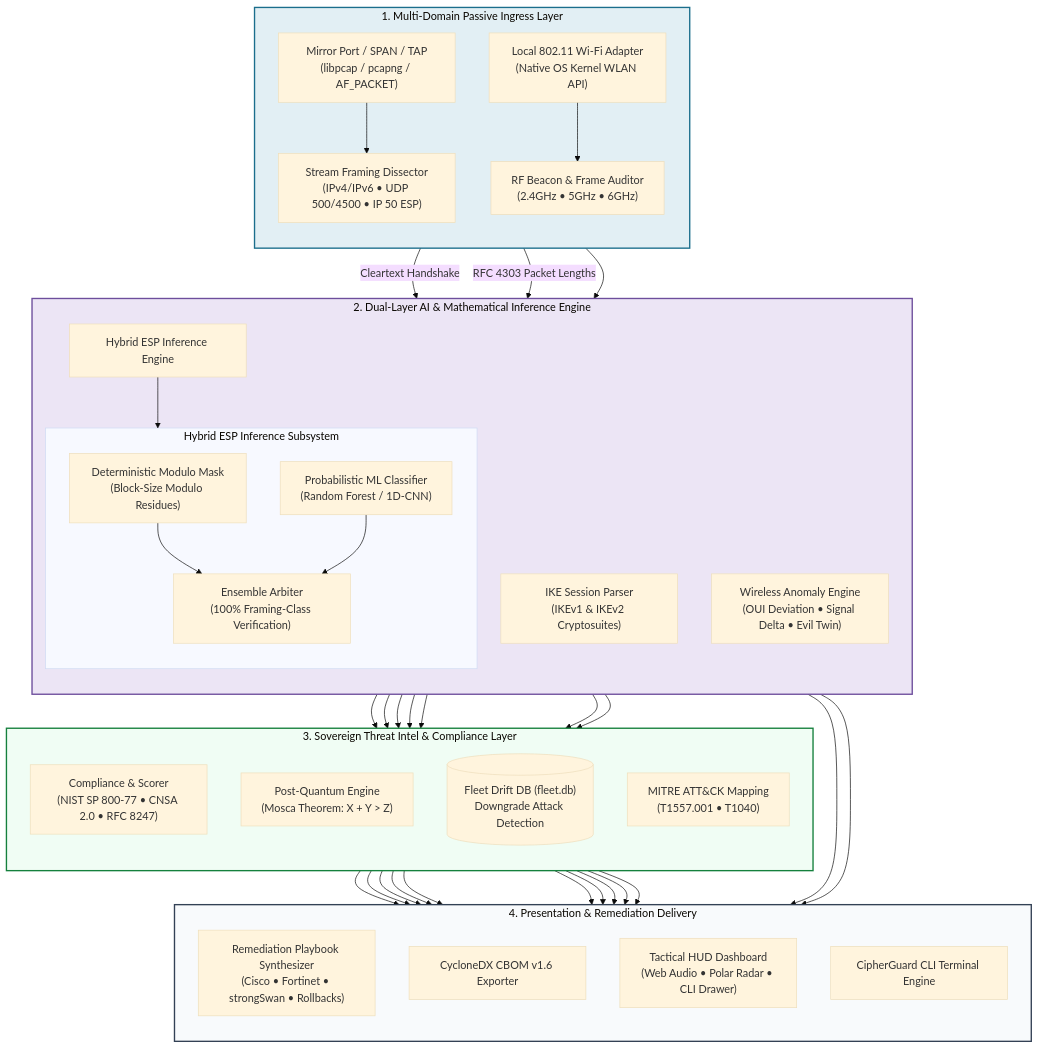
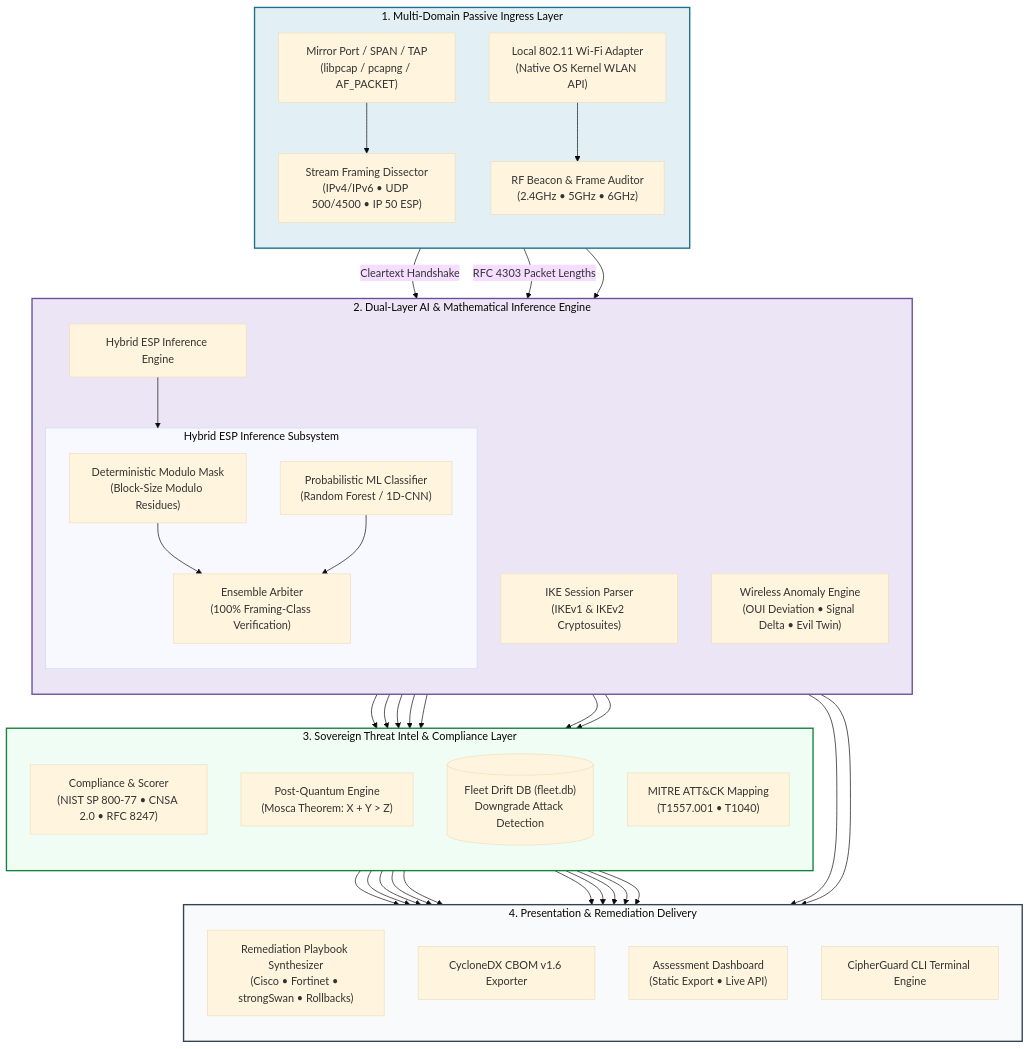
The diagram in Architecture.md (Git-huber2007/CipherGuard), drawn with Mermaid (base theme) before and after one commit. The commit also changed other lines of this file and 87 other files, not shown here.

````diff
--- a/Architecture.md
+++ b/Architecture.md
@@ -13,45 +13,45 @@
 ```mermaid
 flowchart TD
     subgraph INGRESS["1. Multi-Domain Passive Ingress Layer"]
         direction TB
         TAP["Mirror Port / SPAN / TAP<br/>(libpcap / pcapng / AF_PACKET)"] --> DISSECT["Stream Framing Dissector<br/>(IPv4/IPv6 &bull; UDP 500/4500 &bull; IP 50 ESP)"]
         WIFI_NIC["Local 802.11 Wi-Fi Adapter<br/>(Native OS Kernel WLAN API)"] --> WIFI_DISSECT["RF Beacon & Frame Auditor<br/>(2.4GHz &bull; 5GHz &bull; 6GHz)"]
     end
 
     subgraph ENGINE["2. Dual-Layer AI & Mathematical Inference Engine"]
         direction TB
         DISSECT -->|"Cleartext Handshake"| IKE_PARSER["IKE Session Parser<br/>(IKEv1 & IKEv2 Cryptosuites)"]
         DISSECT -->|"RFC 4303 Packet Lengths"| ESP_ENGINE["Hybrid ESP Inference Engine"]
         
         subgraph ESP_HYBRID["Hybrid ESP Inference Subsystem"]
             RFC_MASK["Deterministic Modulo Mask<br/>(Block-Size Modulo Residues)"]
             ML_MODEL["Probabilistic ML Classifier<br/>(Random Forest / 1D-CNN)"]
             ARBITER["Ensemble Arbiter<br/>(100% Framing-Class Verification)"]
             RFC_MASK & ML_MODEL --> ARBITER
         end
         ESP_ENGINE --> ESP_HYBRID
         
         WIFI_DISSECT --> RF_ANOMALY["Wireless Anomaly Engine<br/>(OUI Deviation &bull; Signal Delta &bull; Evil Twin)"]
     end
 
     subgraph AUDIT_INTEL["3. Sovereign Threat Intel & Compliance Layer"]
         direction TB
         IKE_PARSER & ARBITER --> COMPLIANCE["Compliance & Scorer<br/>(NIST SP 800-77 &bull; CNSA 2.0 &bull; RFC 8247)"]
         IKE_PARSER & ARBITER --> PQC_MOSCA["Post-Quantum Engine<br/>(Mosca Theorem: X + Y > Z)"]
         IKE_PARSER & ARBITER --> DRIFT_DB[("Fleet Drift DB (fleet.db)<br/>Downgrade Attack Detection")]
         RF_ANOMALY --> MITRE_MAP["MITRE ATT&CK Mapping<br/>(T1557.001 &bull; T1040)"]
     end
 
     subgraph PRESENTATION["4. Presentation & Remediation Delivery"]
         direction TB
         COMPLIANCE & PQC_MOSCA & MITRE_MAP --> SYNTH["Remediation Playbook Synthesizer<br/>(Cisco &bull; Fortinet &bull; strongSwan &bull; Rollbacks)"]
         COMPLIANCE & PQC_MOSCA & MITRE_MAP --> CBOM["CycloneDX CBOM v1.6 Exporter"]
-        COMPLIANCE & PQC_MOSCA & RF_ANOMALY --> DASHBOARD["Tactical HUD Dashboard<br/>(Web Audio &bull; Polar Radar &bull; CLI Drawer)"]
+        COMPLIANCE & PQC_MOSCA & RF_ANOMALY --> DASHBOARD["Assessment Dashboard<br/>(Static Export &bull; Live API)"]
         COMPLIANCE & PQC_MOSCA & RF_ANOMALY --> CLI_EXEC["CipherGuard CLI Terminal Engine"]
     end
 
     style INGRESS fill:#e2eff4,stroke:#1b6e8c,stroke-width:2px;
     style ENGINE fill:#ece5f5,stroke:#6d4e9c,stroke-width:2px;
     style AUDIT_INTEL fill:#f0fdf4,stroke:#15803d,stroke-width:2px;
     style PRESENTATION fill:#f8fafc,stroke:#334155,stroke-width:2px;
 ```
````
